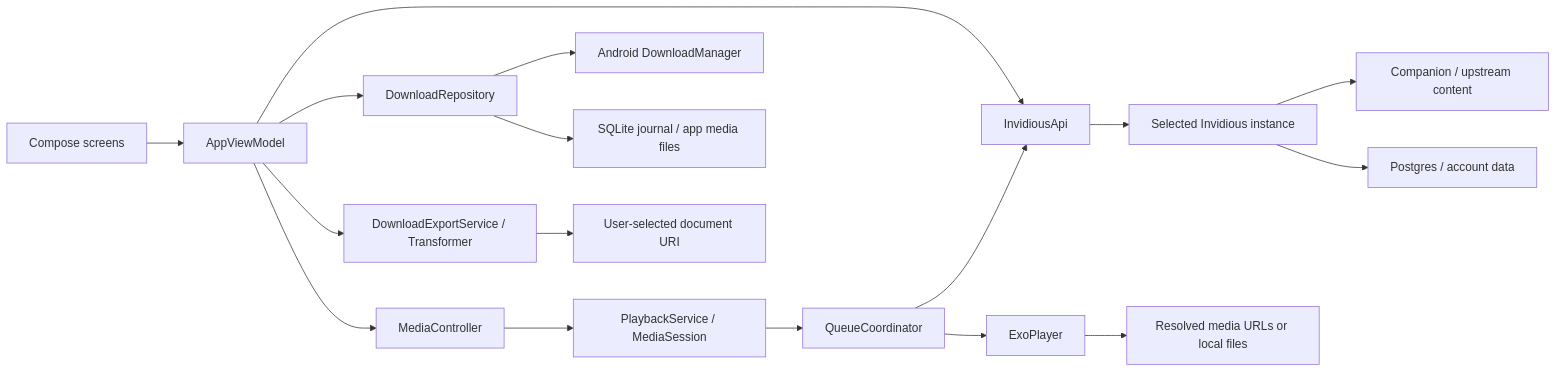
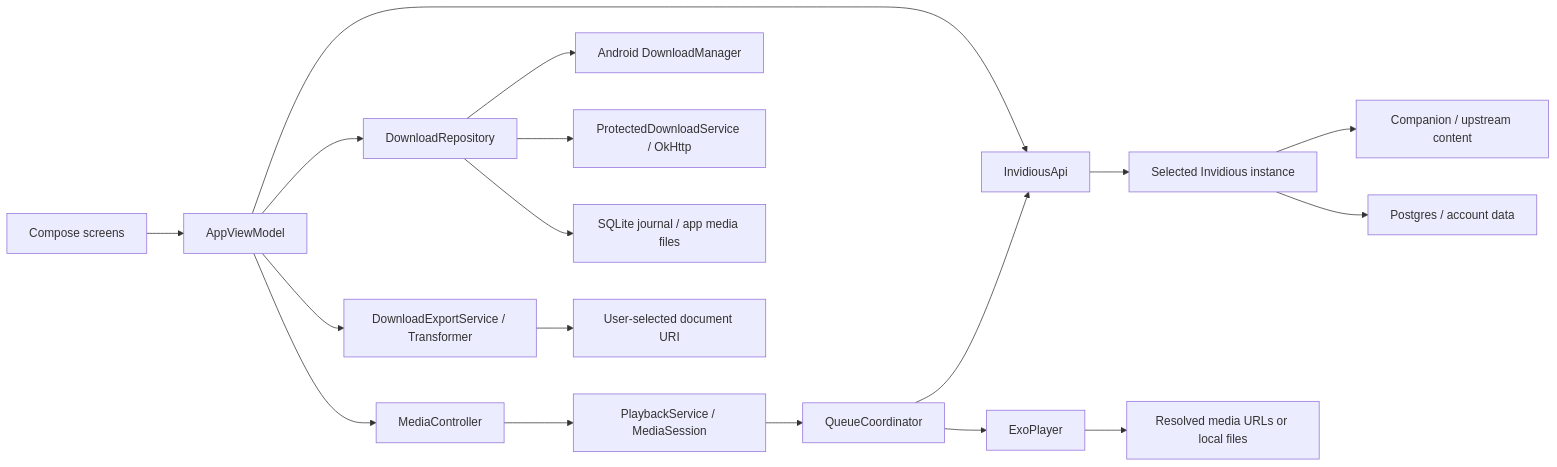
Before and after one commit to Hanif-F/codex-mobile-invidious: the diagram in docs/ARCHITECTURE.md, drawn with Mermaid. The commit also changed other lines of this file and 41 other files, not shown here.

````diff
--- a/docs/ARCHITECTURE.md
+++ b/docs/ARCHITECTURE.md
@@ -13,19 +13,20 @@
 ```mermaid
 flowchart LR
     U[Compose screens] --> V[AppViewModel]
     V --> A[InvidiousApi]
     A --> I[Selected Invidious instance]
     I --> C[Companion / upstream content]
     I --> P[Postgres / account data]
     V --> M[MediaController]
     M --> S[PlaybackService / MediaSession]
     S --> Q[QueueCoordinator]
     Q --> A
     Q --> E[ExoPlayer]
     E --> R[Resolved media URLs or local files]
     V --> D[DownloadRepository]
     D --> DM[Android DownloadManager]
+    D --> PD[ProtectedDownloadService / OkHttp]
     D --> DB[SQLite journal / app media files]
     V --> X[DownloadExportService / Transformer]
     X --> F[User-selected document URI]
 ```
````
